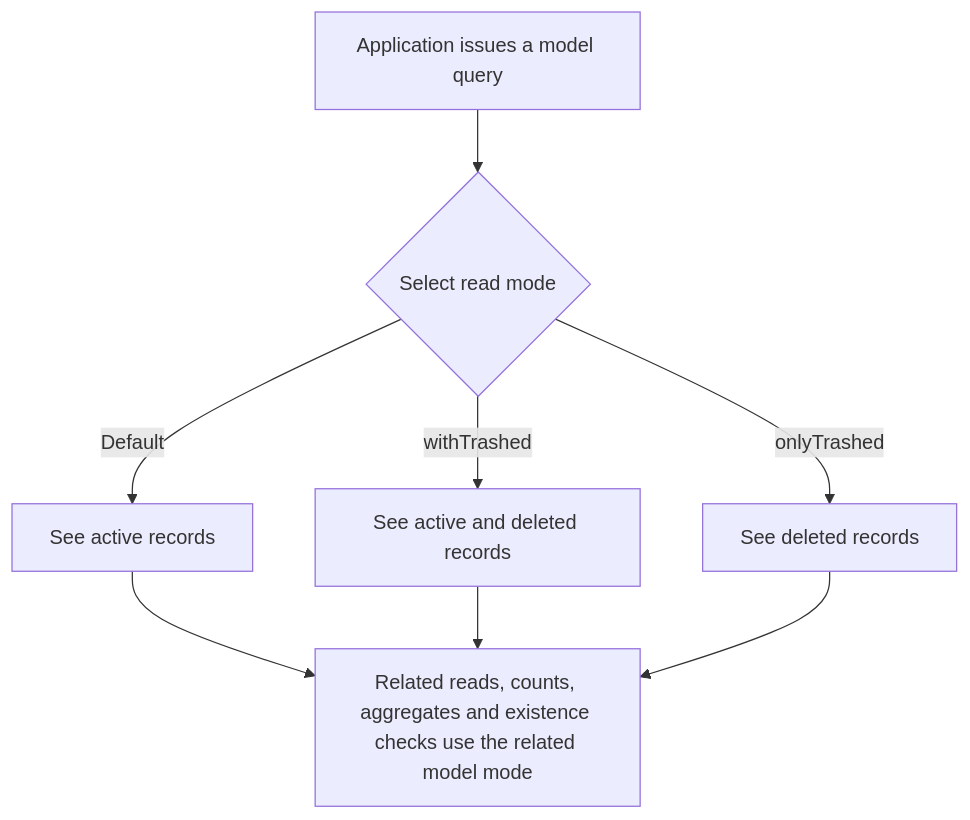
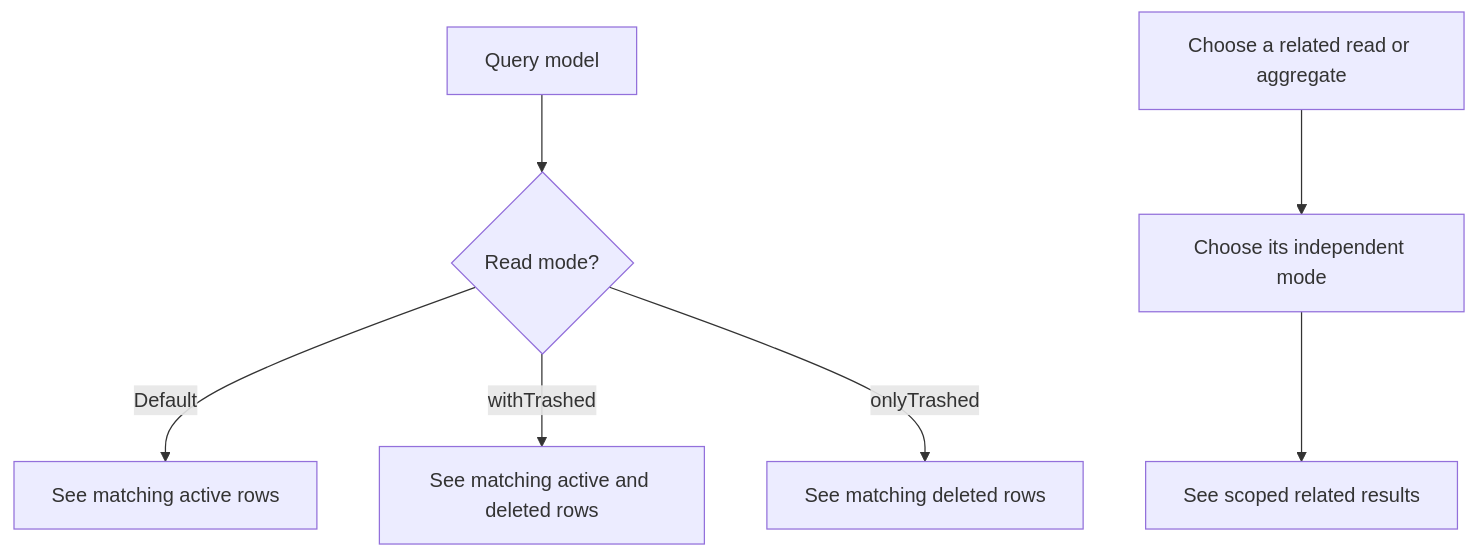
Before and after one commit to Kevinjohn/oss-adonisjs-lucid-soft-delete: the first of 2 diagrams in user-stories/query-deleted-records/us-app-02-query-deleted-records.md, drawn with Mermaid. The commit also changed other lines of this file and 26 other files, not shown here.

````diff
--- a/user-stories/query-deleted-records/us-app-02-query-deleted-records.md
+++ b/user-stories/query-deleted-records/us-app-02-query-deleted-records.md
@@ -23,10 +23,8 @@
 ```mermaid
 flowchart TD
-    A["Application issues a model query"] --> B{"Select read mode"}
-    B -->|Default| C["See active records"]
-    B -->|withTrashed| D["See active and deleted records"]
-    B -->|onlyTrashed| E["See deleted records"]
-    C --> F["Related reads, counts, aggregates and existence checks use the related model mode"]
-    D --> F
-    E --> F
+    A["Query model"] --> B{"Read mode?"}
+    B -->|Default| C["See matching active rows"]
+    B -->|withTrashed| D["See matching active and deleted rows"]
+    B -->|onlyTrashed| E["See matching deleted rows"]
+    F["Choose a related read or aggregate"] --> G["Choose its independent mode"] --> H["See scoped related results"]
 ```
````
